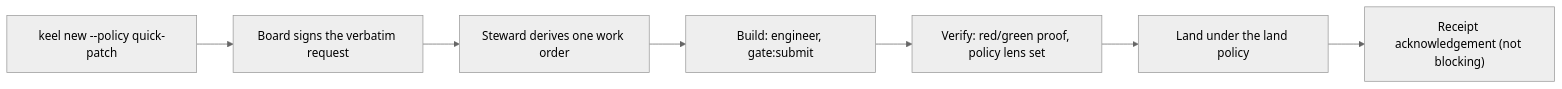
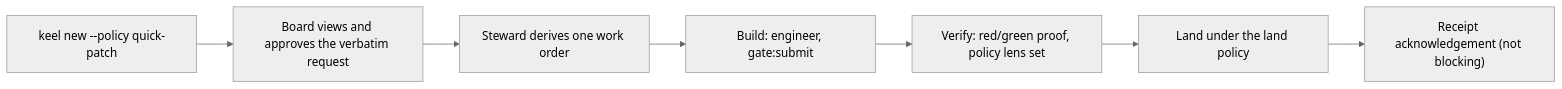
Before and after one commit to Qither/keel: the second of 4 diagrams in docs/03-lifecycle.md, drawn with Mermaid (neutral theme). The commit also changed other lines of this file and 130 other files, not shown here.

````diff
--- a/docs/03-lifecycle.md
+++ b/docs/03-lifecycle.md
@@ -203,9 +203,9 @@
 ```mermaid
 flowchart LR
-  N["keel new --policy quick-patch"] --> S["Board signs the verbatim request"]
+  N["keel new --policy quick-patch"] --> S["Board views and approves the verbatim request"]
   S --> W["Steward derives one work order"]
   W --> B["Build: engineer, gate:submit"]
   B --> V["Verify: red/green proof, policy lens set"]
   V --> L["Land under the land policy"]
   L --> R["Receipt acknowledgement (not blocking)"]
 ```
````
